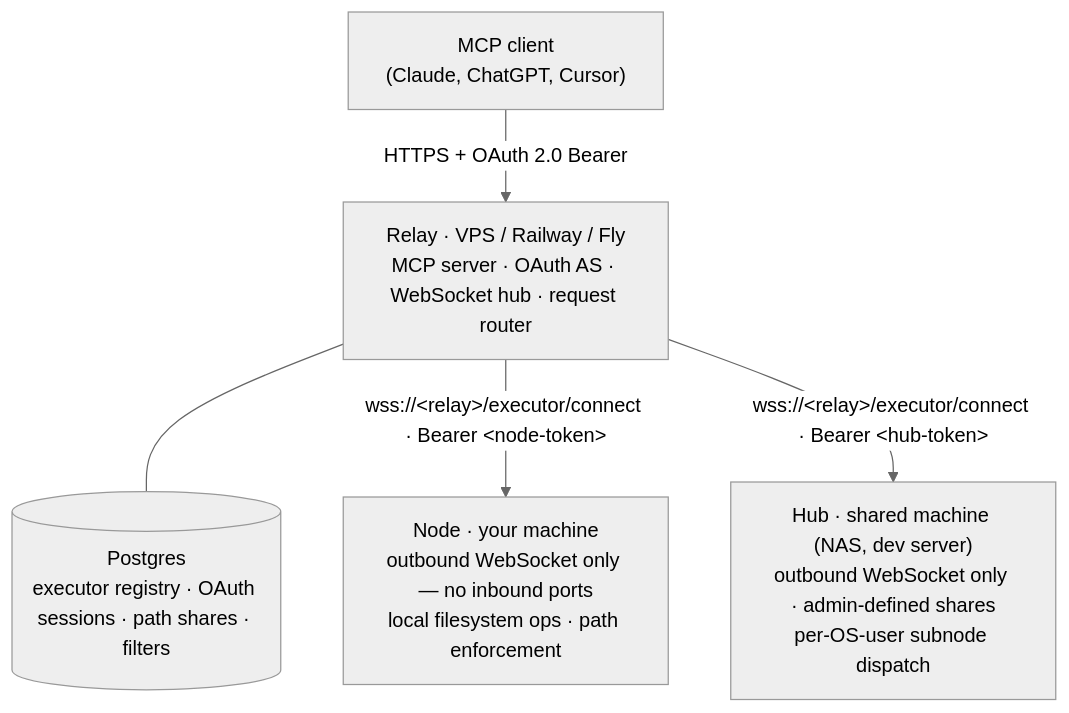
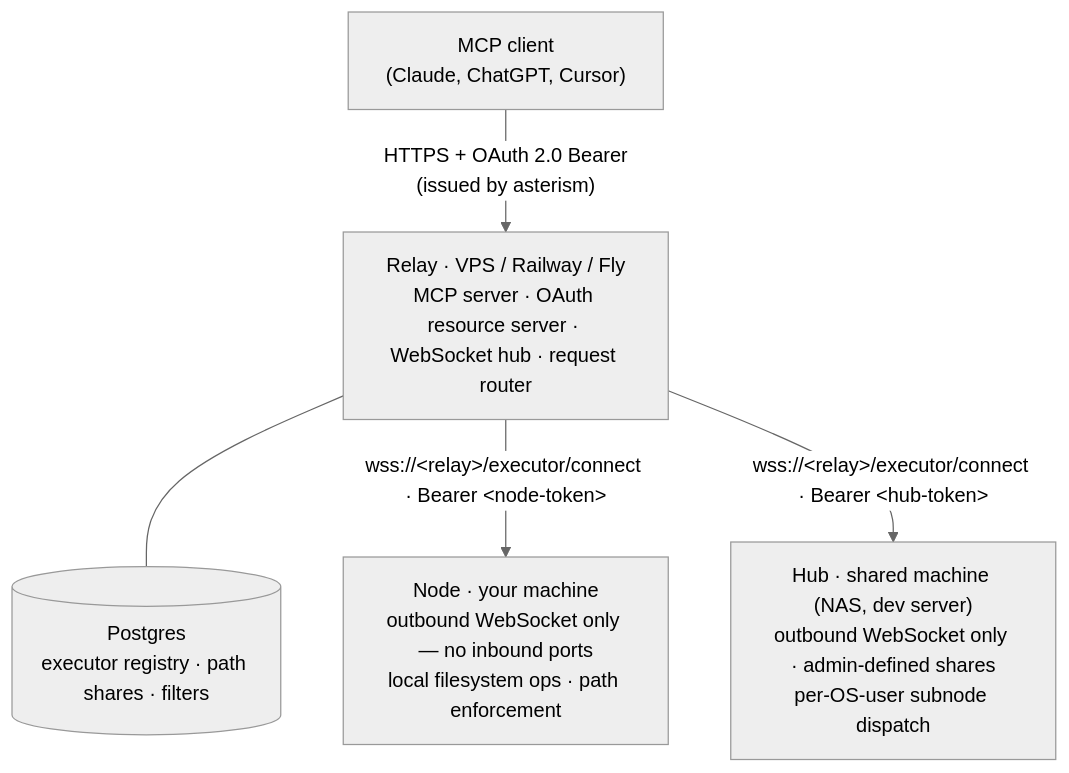
The diagram in docs/architecture.md (Mahasamuha/constellation-mcp), drawn with Mermaid (neutral theme) before and after one commit. The commit also changed other lines of this file and 93 other files, not shown here.

First line of the commit message:
feat!: point constellation at asterism and remove the legacy authorization server

````diff
--- a/docs/architecture.md
+++ b/docs/architecture.md
@@ -29,13 +29,13 @@
 ```mermaid
 flowchart TD
     Client["MCP client\n(Claude, ChatGPT, Cursor)"]
-    Relay["Relay · VPS / Railway / Fly\nMCP server · OAuth AS · WebSocket hub · request router"]
-    Postgres[("Postgres\nexecutor registry · OAuth sessions · path shares · filters")]
+    Relay["Relay · VPS / Railway / Fly\nMCP server · OAuth resource server · WebSocket hub · request router"]
+    Postgres[("Postgres\nexecutor registry · path shares · filters")]
     Node["Node · your machine\noutbound WebSocket only — no inbound ports\nlocal filesystem ops · path enforcement"]
     Hub["Hub · shared machine (NAS, dev server)\noutbound WebSocket only · admin-defined shares\nper-OS-user subnode dispatch"]
 
-    Client -->|"HTTPS + OAuth 2.0 Bearer"| Relay
+    Client -->|"HTTPS + OAuth 2.0 Bearer\n(issued by asterism)"| Relay
     Relay --- Postgres
     Relay -->|"wss://&lt;relay&gt;/executor/connect · Bearer &lt;node-token&gt;"| Node
     Relay -->|"wss://&lt;relay&gt;/executor/connect · Bearer &lt;hub-token&gt;"| Hub
 ```
````
